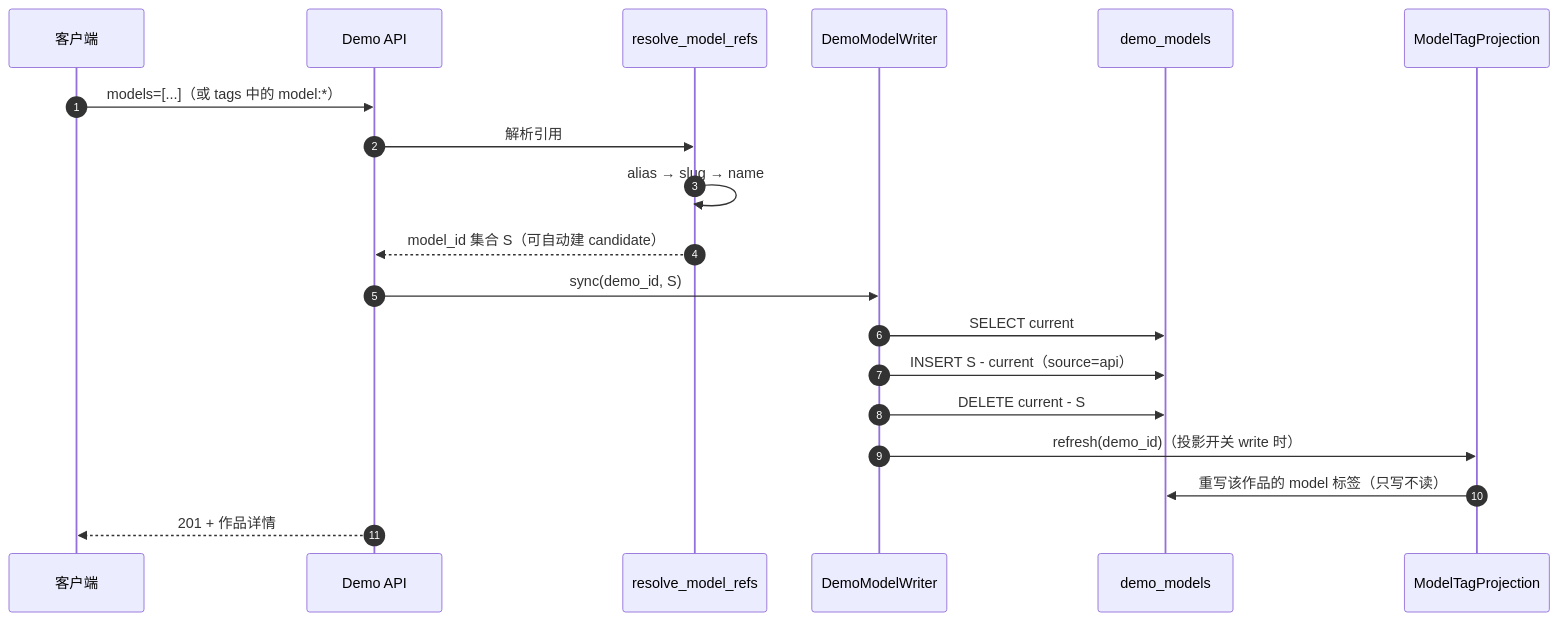
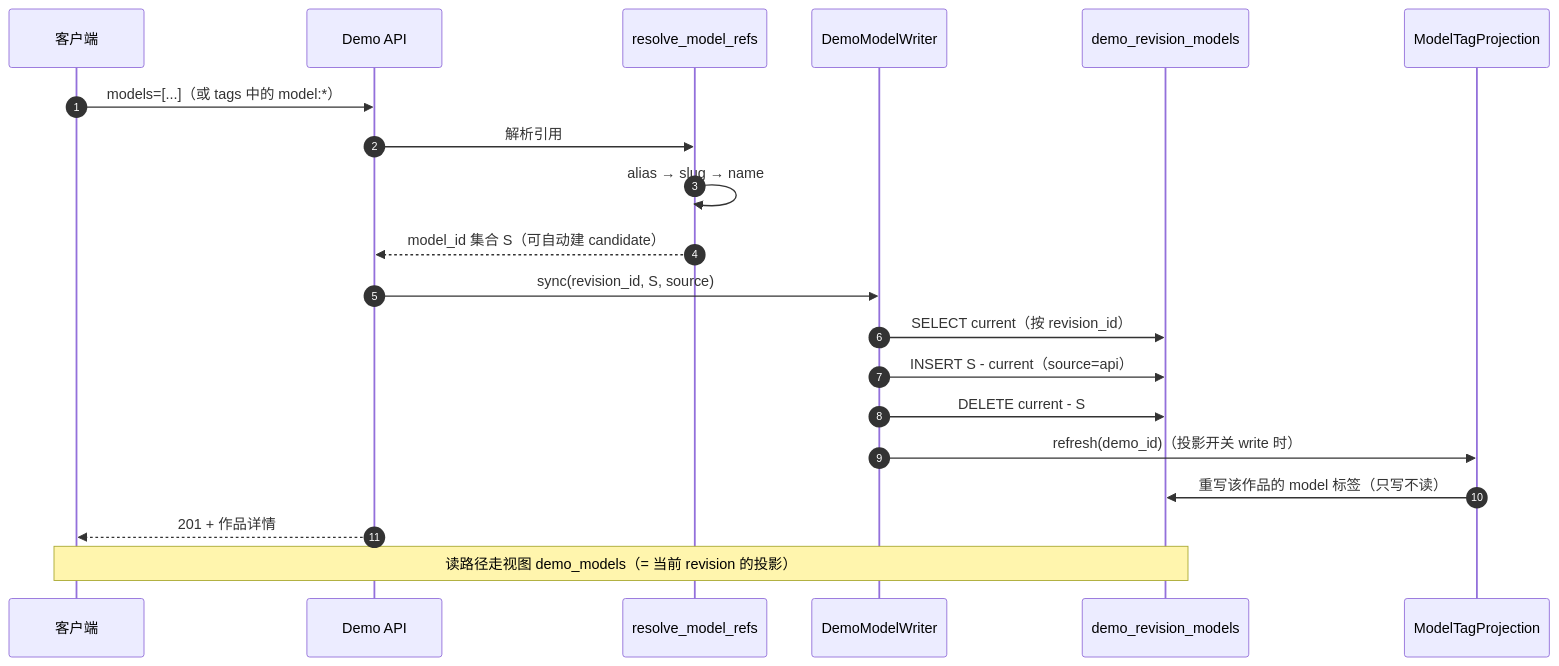
The tenth of 14 diagrams in docs/模型域设计.md (deepdemos/ds-demos-showcase), drawn with Mermaid before and after one commit. The commit also changed other lines of this file and 36 other files, not shown here.

````diff
--- a/docs/模型域设计.md
+++ b/docs/模型域设计.md
@@ -1313,22 +1455,23 @@
 ```mermaid
 sequenceDiagram
     autonumber
     participant C as 客户端
     participant API as Demo API
     participant R as resolve_model_refs
     participant W as DemoModelWriter
-    participant DB as demo_models
+    participant DB as demo_revision_models
     participant P as ModelTagProjection
 
     C->>API: models=[...]（或 tags 中的 model:*）
     API->>R: 解析引用
     R->>R: alias → slug → name
     R-->>API: model_id 集合 S（可自动建 candidate）
-    API->>W: sync(demo_id, S)
-    W->>DB: SELECT current
+    API->>W: sync(revision_id, S, source)
+    W->>DB: SELECT current（按 revision_id）
     W->>DB: INSERT S - current（source=api）
     W->>DB: DELETE current - S
     W->>P: refresh(demo_id)（投影开关 write 时）
     P->>DB: 重写该作品的 model 标签（只写不读）
     API-->>C: 201 + 作品详情
+    Note over C,DB: 读路径走视图 demo_models（= 当前 revision 的投影）
 ```
````
